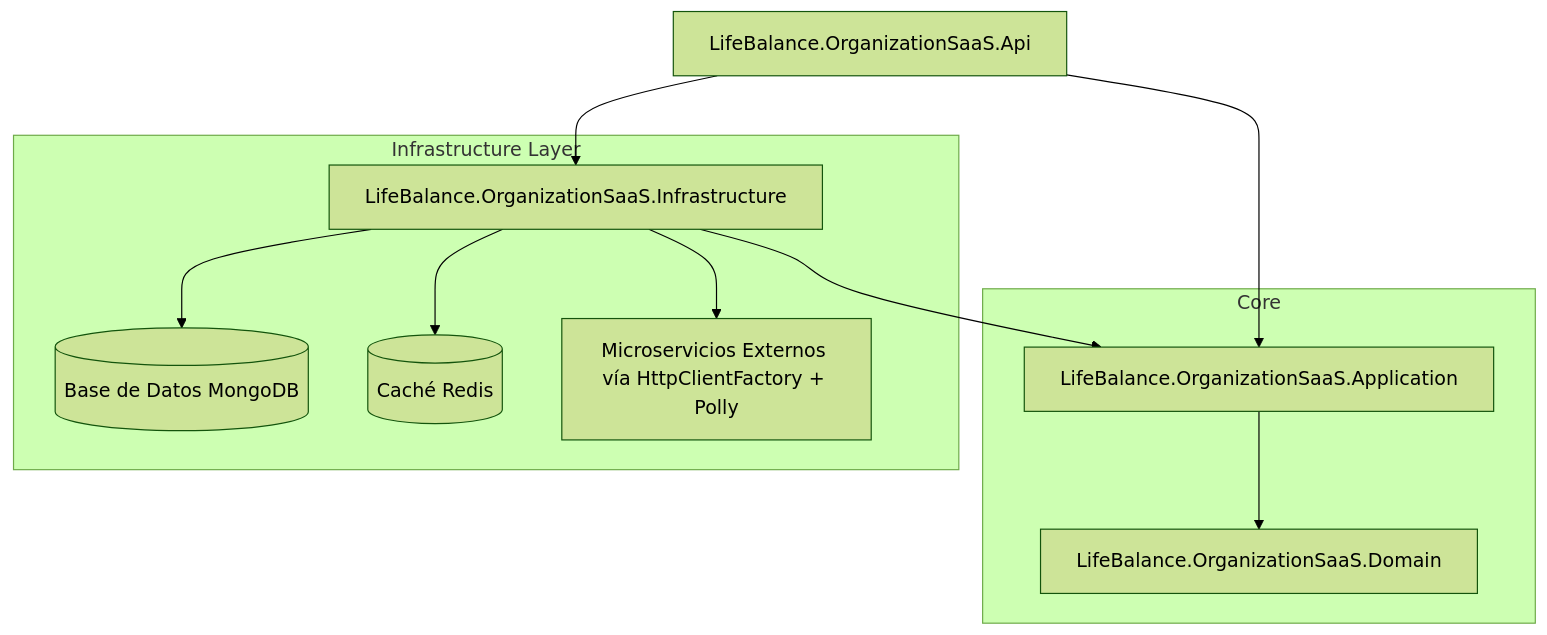
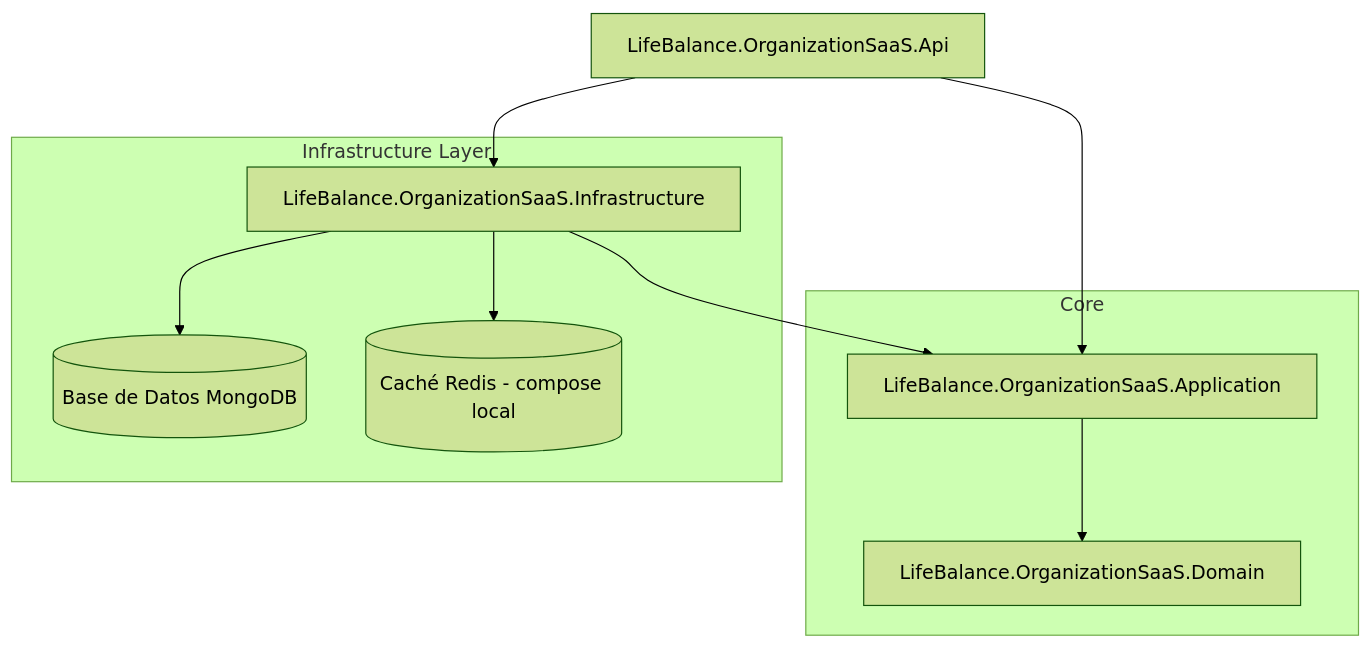
One commit to lifebalancew47ch-cmd/Backend changed the diagram in OrganizationAndSaaS/README.md. Above: the diagram before and after it, drawn with Mermaid (forest theme). The commit also changed other lines of this file and 4 other files, not shown here.

````diff
--- a/OrganizationAndSaaS/README.md
+++ b/OrganizationAndSaaS/README.md
@@ -16,18 +18,17 @@
 ```mermaid
 graph TD
     API[LifeBalance.OrganizationSaaS.Api] --> INFRA[LifeBalance.OrganizationSaaS.Infrastructure]
     API --> APP[LifeBalance.OrganizationSaaS.Application]
     INFRA --> APP
     APP --> DOMAIN[LifeBalance.OrganizationSaaS.Domain]
-    
+
     subgraph Core
         DOMAIN
         APP
     end
-    
+
     subgraph Infrastructure Layer
         INFRA --> MONGO[(Base de Datos MongoDB)]
-        INFRA --> REDIS[(Caché Redis)]
-        INFRA --> EXT[Microservicios Externos vía HttpClientFactory + Polly]
+        INFRA --> REDIS[(Caché Redis - compose local)]
     end
 ```
````
